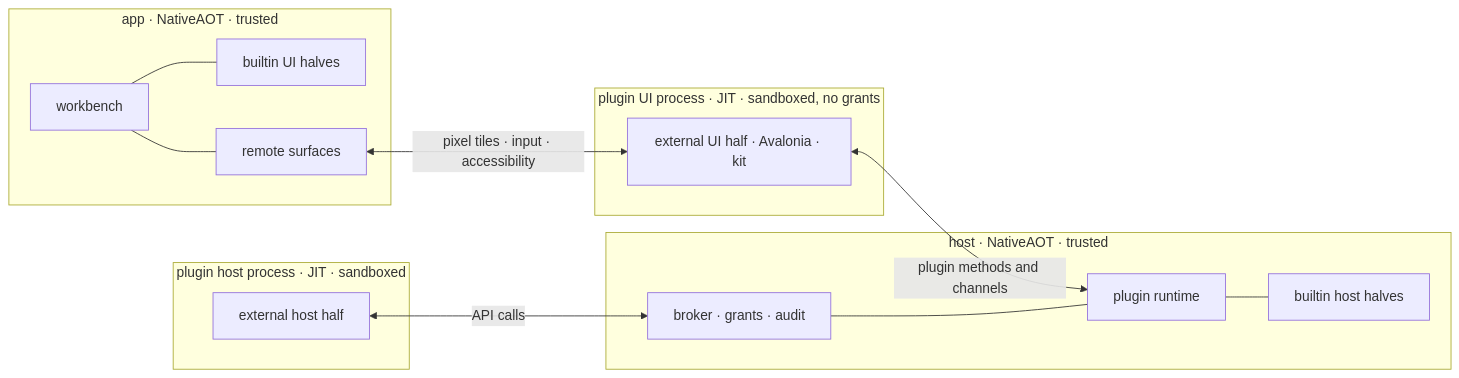
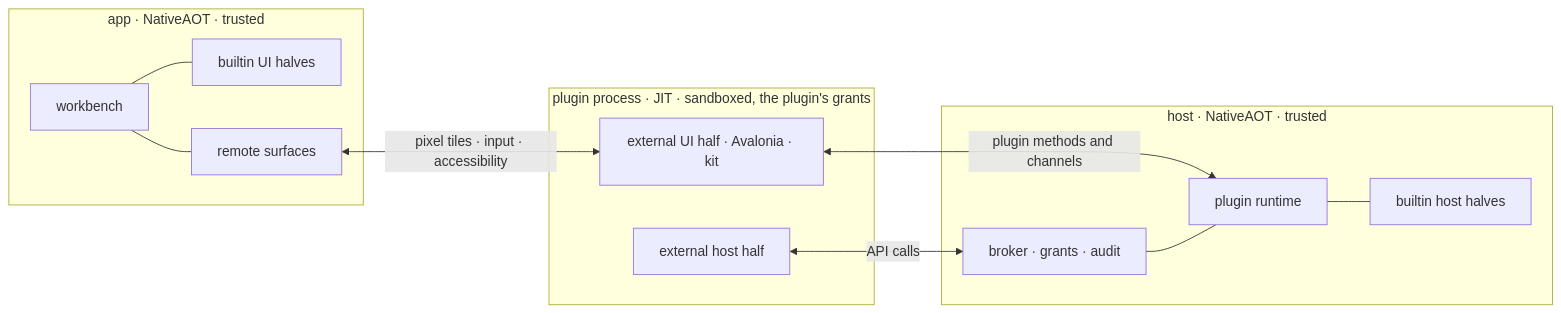
One commit to CommanderTvis/sharprail changed the diagram in src/SharpRail.Plugins.Api/Security.SPEC.md. Above: the diagram before and after it, drawn with Mermaid. The commit also changed other lines of this file and 1 other file, not shown here.

````diff
--- a/src/SharpRail.Plugins.Api/Security.SPEC.md
+++ b/src/SharpRail.Plugins.Api/Security.SPEC.md
@@ -50,26 +51,24 @@
 ```mermaid
 flowchart LR
     subgraph app["app · NativeAOT · trusted"]
         W["workbench"]
         BU["builtin UI halves"]
         RS["remote surfaces"]
     end
     subgraph host["host · NativeAOT · trusted"]
         R["plugin runtime"]
         BH["builtin host halves"]
         BR["broker · grants · audit"]
     end
-    subgraph pu["plugin UI process · JIT · sandboxed, no grants"]
+    subgraph pp["plugin process · JIT · sandboxed, the plugin's grants"]
         UI["external UI half · Avalonia · kit"]
-    end
-    subgraph ph["plugin host process · JIT · sandboxed"]
         HH["external host half"]
     end
     W --- BU
     W --- RS
     RS <-->|"pixel tiles · input · accessibility"| UI
     UI <-->|"plugin methods and channels"| R
     HH <-->|"API calls"| BR
     BR --- R
     R --- BH
 ```
````
